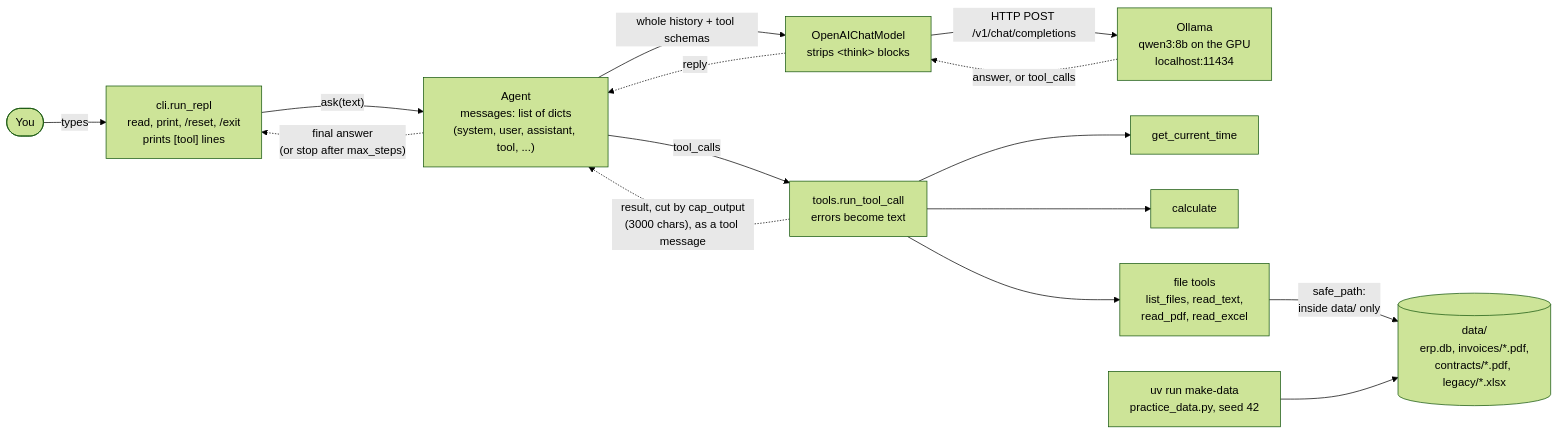
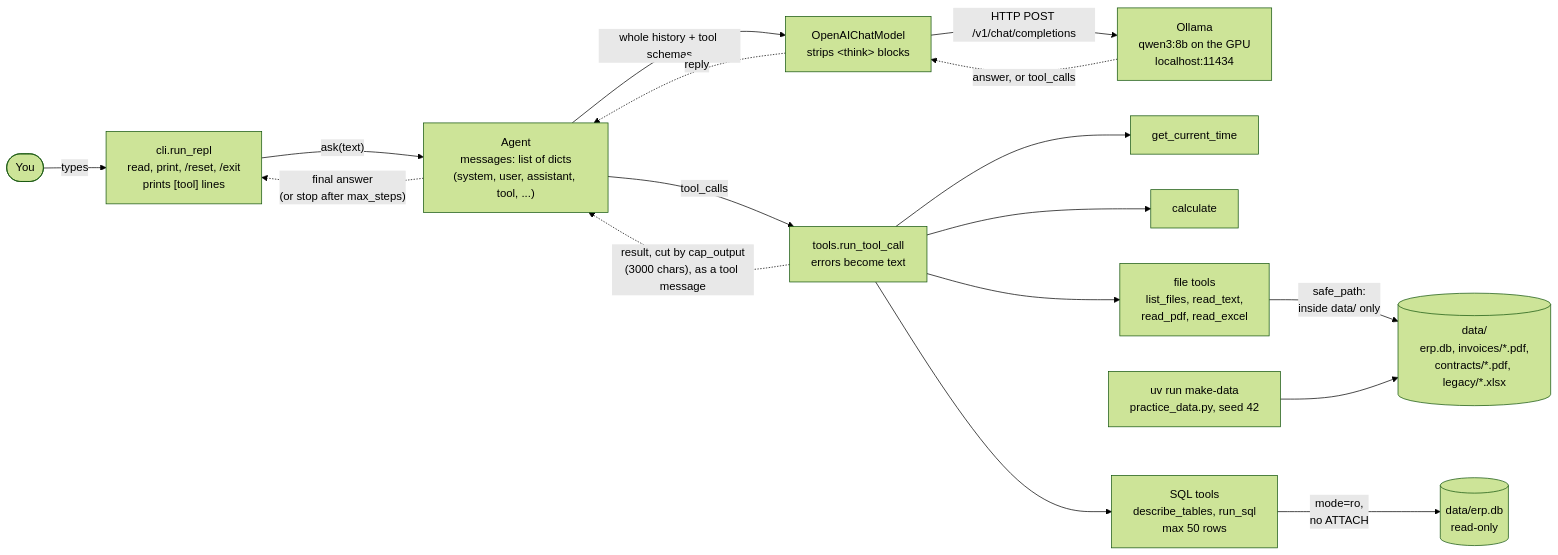
One commit to abilalakin/agent-harness-from-scratch changed the diagram in docs/architecture.md. Above: the diagram before and after it, drawn with Mermaid (forest theme). The commit also changed other lines of this file and 4 other files, not shown here.

Commit message:
feat: add read-only SQL tools

````diff
--- a/docs/architecture.md
+++ b/docs/architecture.md
@@ -5,18 +5,20 @@
 ```mermaid
 flowchart LR
     User([You]) -- types --> CLI["cli.run_repl<br/>read, print, /reset, /exit<br/>prints [tool] lines"]
     CLI -- "ask(text)" --> Agent["Agent<br/>messages: list of dicts<br/>(system, user, assistant, tool, ...)"]
     Agent -- "whole history + tool schemas" --> Model["OpenAIChatModel<br/>strips &lt;think&gt; blocks"]
     Model -- "HTTP POST /v1/chat/completions" --> Ollama["Ollama<br/>qwen3:8b on the GPU<br/>localhost:11434"]
     Ollama -. "answer, or tool_calls" .-> Model
     Model -. reply .-> Agent
     Agent -- "tool_calls" --> Runner["tools.run_tool_call<br/>errors become text"]
     Runner --> T1[get_current_time]
     Runner --> T2[calculate]
     Runner --> FT["file tools<br/>list_files, read_text,<br/>read_pdf, read_excel"]
     FT -- "safe_path:<br/>inside data/ only" --> Data
+    Runner --> ST["SQL tools<br/>describe_tables, run_sql<br/>max 50 rows"]
+    ST -- "mode=ro,<br/>no ATTACH" --> DB[("data/erp.db<br/>read-only")]
     Runner -. "result, cut by cap_output<br/>(3000 chars), as a tool message" .-> Agent
     Agent -. "final answer<br/>(or stop after max_steps)" .-> CLI
 
     MakeData["uv run make-data<br/>practice_data.py, seed 42"] --> Data[("data/<br/>erp.db, invoices/*.pdf,<br/>contracts/*.pdf, legacy/*.xlsx")]
 ```
````
